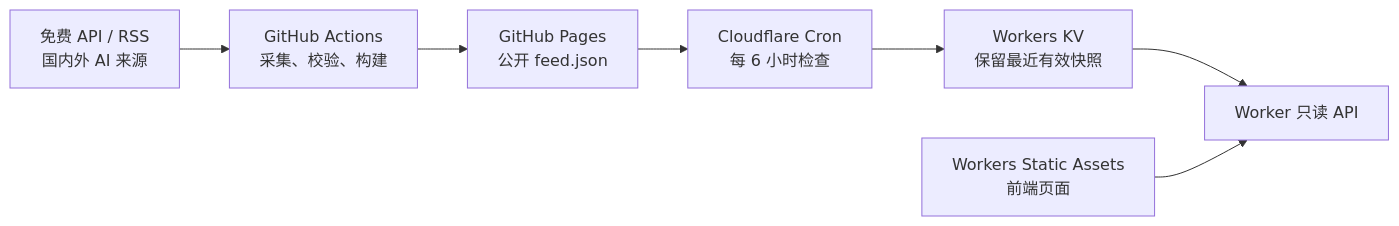
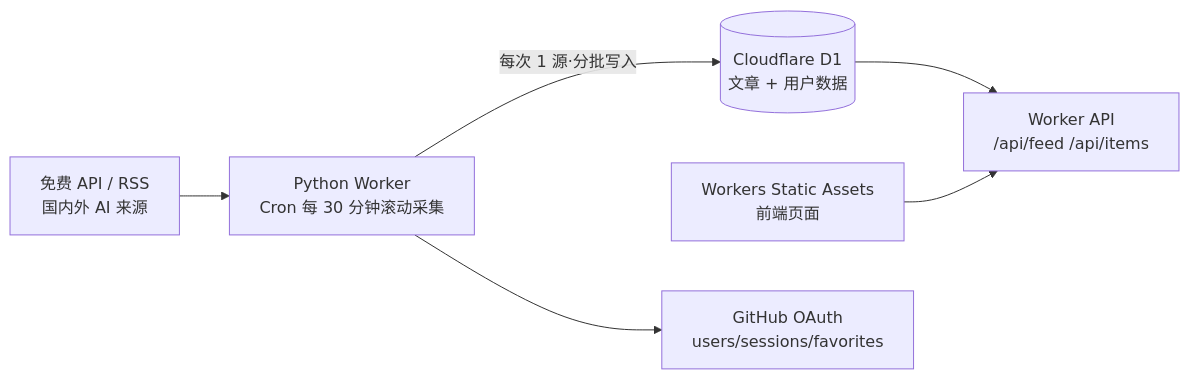
The diagram in docs/cloudflare/README.md (2432448868/AI-News), drawn with Mermaid before and after one commit. The commit also changed other lines of this file and 33 other files, not shown here.

First line of the commit message:
feat: rewrite backend as Python Worker with D1 storage

```diff
--- a/docs/cloudflare/README.md
+++ b/docs/cloudflare/README.md
@@ -30,9 +30,8 @@
 ~~~mermaid
 flowchart LR
-  A[免费 API / RSS<br/>国内外 AI 来源] --> B[GitHub Actions<br/>采集、校验、构建]
-  B --> C[GitHub Pages<br/>公开 feed.json]
-  C --> D[Cloudflare Cron<br/>每 6 小时检查]
-  D --> E[Workers KV<br/>保留最近有效快照]
-  E --> F[Worker 只读 API]
-  G[Workers Static Assets<br/>前端页面] --> F
+  A[免费 API / RSS<br/>国内外 AI 来源] --> B[Python Worker<br/>Cron 每 30 分钟滚动采集]
+  B -->|每次 1 源·分批写入| C[(Cloudflare D1<br/>文章 + 用户数据)]
+  C --> D[Worker API<br/>/api/feed /api/items]
+  E[Workers Static Assets<br/>前端页面] --> D
+  B --> F[GitHub OAuth<br/>users/sessions/favorites]
 ~~~
```
